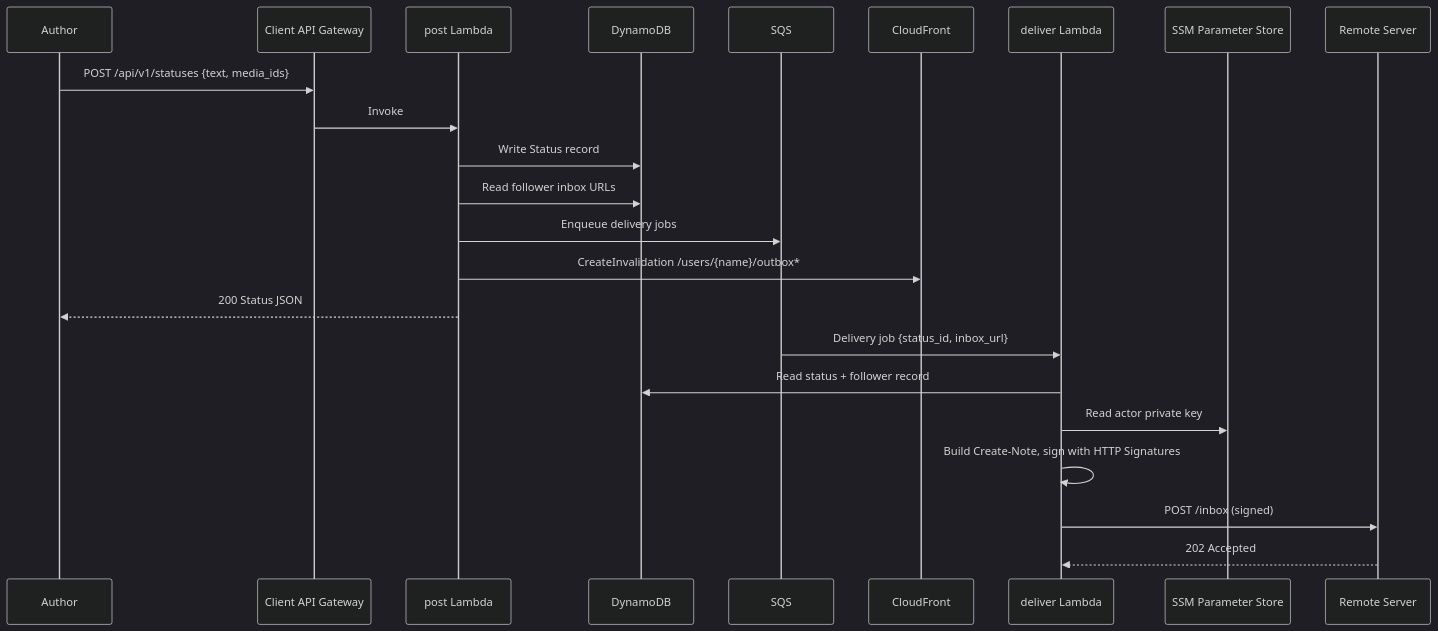
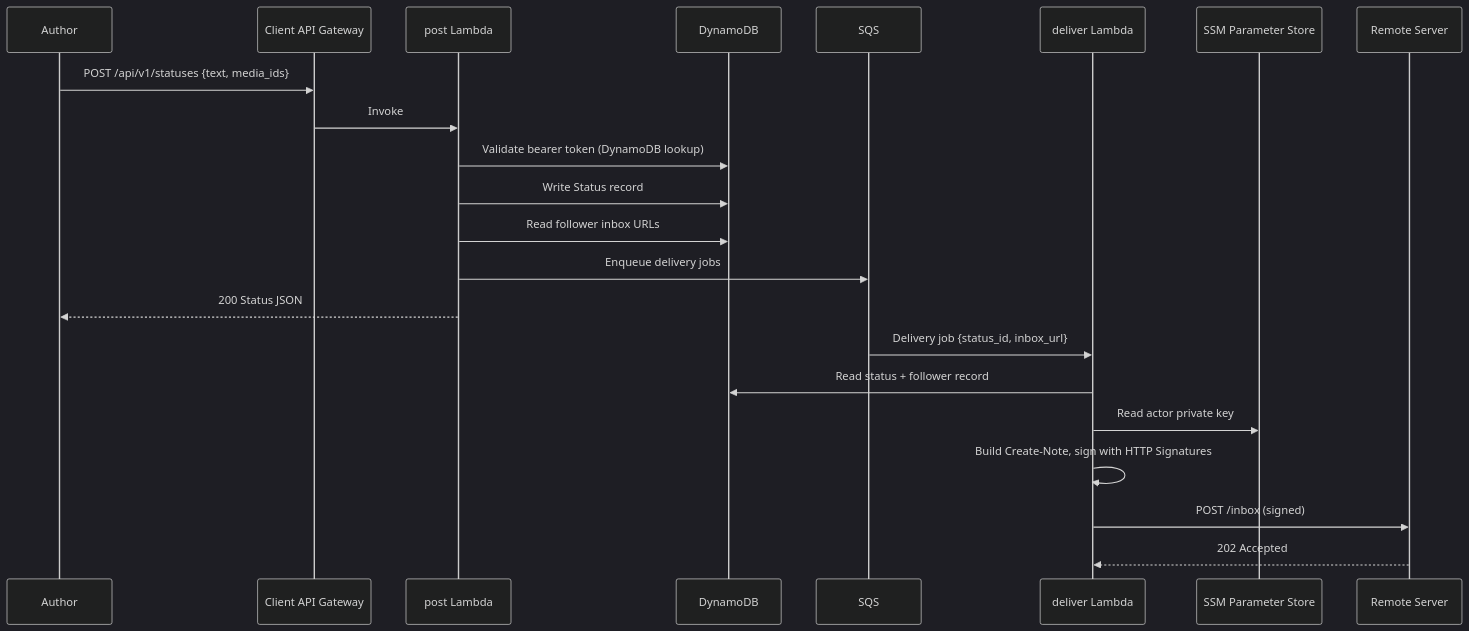
The second of 4 diagrams in Sources/ActivityPubCore/Documentation.docc/ArchitectureOverview.md (happitec-inc/FederatedActivityPublisher), drawn with Mermaid (dark theme) before and after one commit. The commit also changed other lines of this file and 14 other files, not shown here.

First line of the commit message:
Update all DocC documentation to reflect current architecture

````diff
--- a/Sources/ActivityPubCore/Documentation.docc/ArchitectureOverview.md
+++ b/Sources/ActivityPubCore/Documentation.docc/ArchitectureOverview.md
@@ -103,27 +102,26 @@
 ```mermaid
 sequenceDiagram
     participant U as Author
     participant CG as Client API Gateway
     participant P as post Lambda
     participant DB as DynamoDB
     participant Q as SQS
-    participant CF as CloudFront
     participant D as deliver Lambda
     participant SM as SSM Parameter Store
     participant R as Remote Server
 
     U->>CG: POST /api/v1/statuses {text, media_ids}
     CG->>P: Invoke
+    P->>DB: Validate bearer token (DynamoDB lookup)
     P->>DB: Write Status record
     P->>DB: Read follower inbox URLs
     P->>Q: Enqueue delivery jobs
-    P->>CF: CreateInvalidation /users/{name}/outbox*
     P-->>U: 200 Status JSON
 
     Q->>D: Delivery job {status_id, inbox_url}
     D->>DB: Read status + follower record
     D->>SM: Read actor private key
     D->>D: Build Create-Note, sign with HTTP Signatures
     D->>R: POST /inbox (signed)
     R-->>D: 202 Accepted
 ```
````
